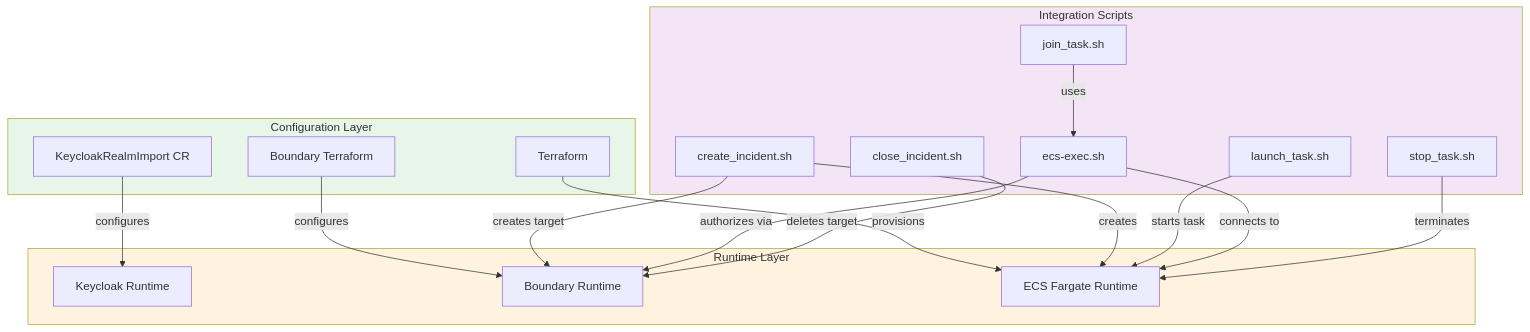
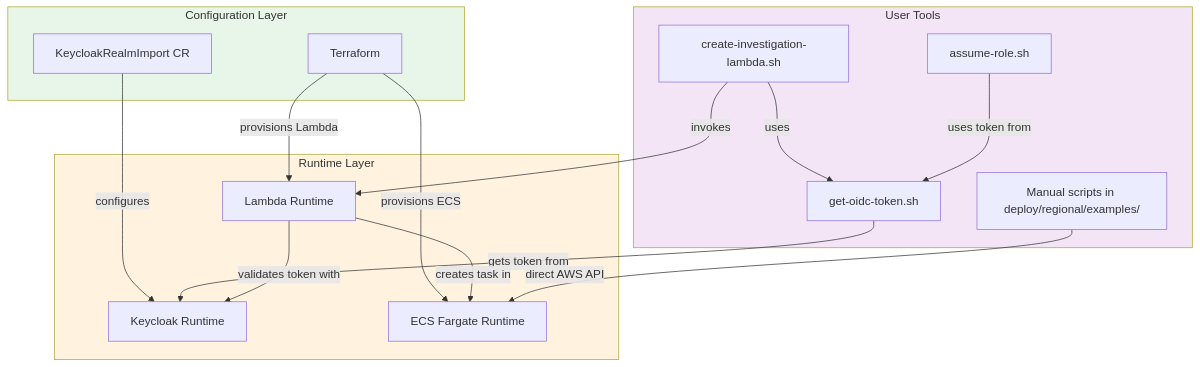
Before and after one commit to openshift-online/rosa-boundary: the sixth of 6 diagrams in docs/architecture/overview.md, drawn with Mermaid. The commit also changed other lines of this file and 10 other files, not shown here.

````diff
--- a/docs/architecture/overview.md
+++ b/docs/architecture/overview.md
@@ -296,40 +285,36 @@
 ```mermaid
 graph TB
     subgraph config["Configuration Layer"]
         TF[Terraform]
         KC_CR[KeycloakRealmImport CR]
-        BD_TF[Boundary Terraform]
     end
 
     subgraph runtime["Runtime Layer"]
         KC_RT[Keycloak Runtime]
-        BD_RT[Boundary Runtime]
+        Lambda_RT[Lambda Runtime]
         ECS_RT[ECS Fargate Runtime]
     end
 
-    subgraph scripts["Integration Scripts"]
-        CREATE[create_incident.sh]
-        LAUNCH[launch_task.sh]
-        JOIN[join_task.sh]
-        EXEC[ecs-exec.sh]
-        STOP[stop_task.sh]
-        CLOSE[close_incident.sh]
+    subgraph scripts["User Tools"]
+        AUTH[get-oidc-token.sh]
+        ASSUME[assume-role.sh]
+        CREATE[create-investigation-lambda.sh]
+        MANUAL[Manual scripts in deploy/regional/examples/]
     end
 
-    TF -->|provisions| ECS_RT
+    TF -->|provisions Lambda| Lambda_RT
+    TF -->|provisions ECS| ECS_RT
     KC_CR -->|configures| KC_RT
-    BD_TF -->|configures| BD_RT
 
-    CREATE -->|creates| ECS_RT
-    CREATE -->|creates target| BD_RT
-    LAUNCH -->|starts task| ECS_RT
-    JOIN -->|uses| EXEC
-    EXEC -->|authorizes via| BD_RT
-    EXEC -->|connects to| ECS_RT
-    STOP -->|terminates| ECS_RT
-    CLOSE -->|deletes target| BD_RT
+    AUTH -->|gets token from| KC_RT
+    CREATE -->|uses| AUTH
+    CREATE -->|invokes| Lambda_RT
+    Lambda_RT -->|validates token with| KC_RT
+    Lambda_RT -->|creates task in| ECS_RT
+    ASSUME -->|uses token from| AUTH
+    MANUAL -->|direct AWS API| ECS_RT
 
     style config fill:#e8f5e9
     style runtime fill:#fff3e0
     style scripts fill:#f3e5f5
 ```
````
